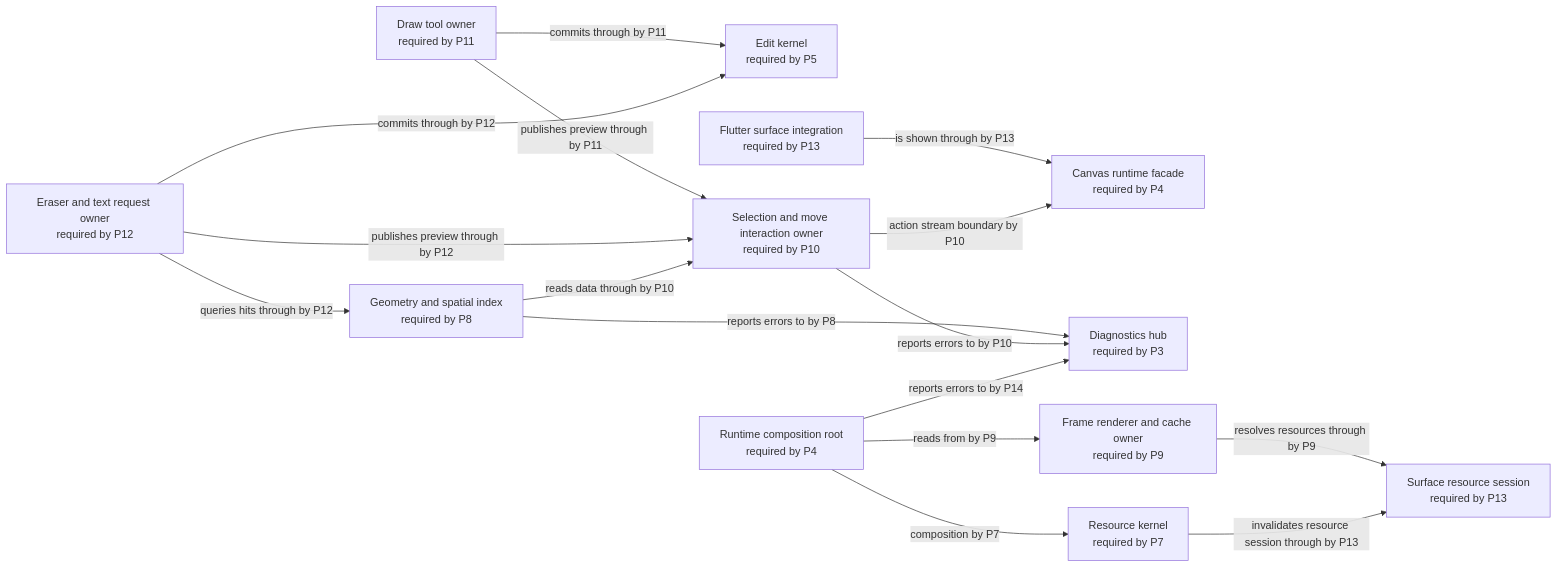
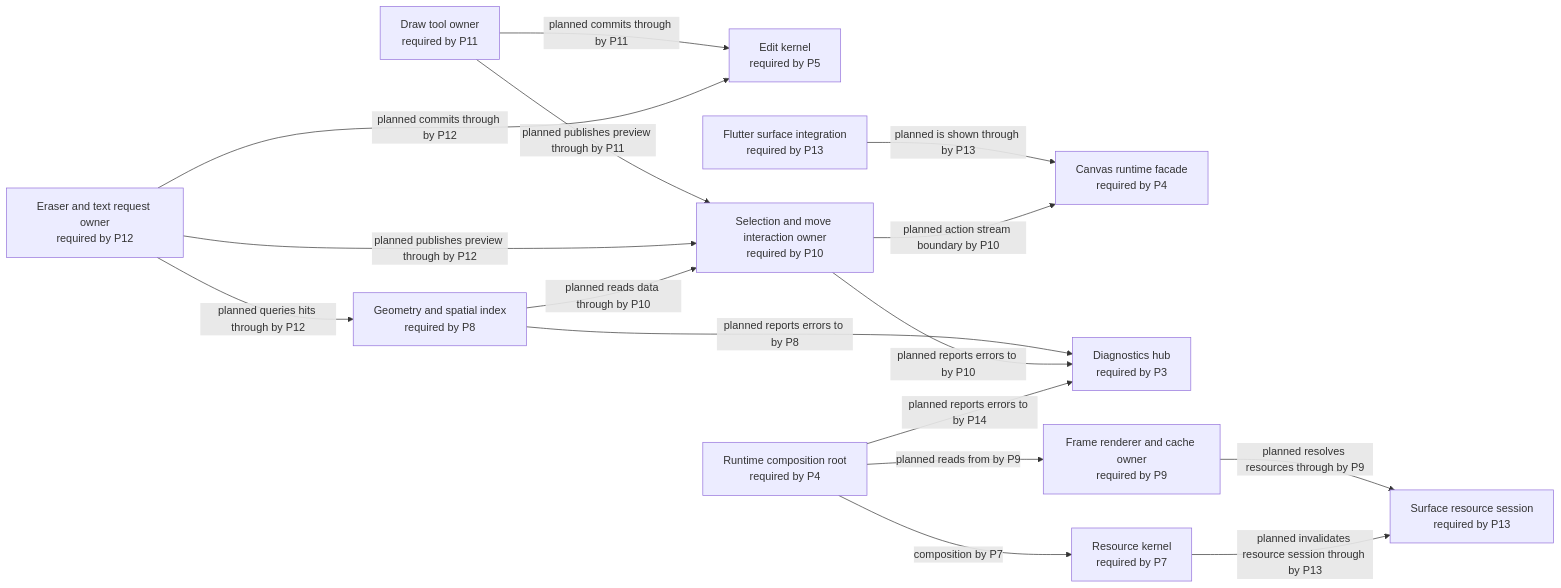
The diagram in docs/diagrams/generated/future_target.mmd (GreatPika/iwb_canvas_engine), drawn with Mermaid before and after one commit. The commit also changed 4 other files, not shown here.

First line of the commit message:
docs: clarify future diagnostics graph routes

```diff
--- a/docs/diagrams/generated/future_target.mmd
+++ b/docs/diagrams/generated/future_target.mmd
@@ -1,32 +1,32 @@
 %% GENERATED FILE. Do not edit by hand.
 %% Source: docs/architecture/architecture_graph.yaml
 %% View: Future target architecture graph
 %% Selected phase: P6
 flowchart LR
   api_canvas_runtime["Canvas runtime facade<br/>required by P4"]
   diagnostics_hub["Diagnostics hub<br/>required by P3"]
   draw_tools["Draw tool owner<br/>required by P11"]
   edit_kernel["Edit kernel<br/>required by P5"]
   eraser_text_request["Eraser and text request owner<br/>required by P12"]
   flutter_surface["Flutter surface integration<br/>required by P13"]
   frame_renderer["Frame renderer and cache owner<br/>required by P9"]
   geometry_spatial_index["Geometry and spatial index<br/>required by P8"]
   interaction_selection_move["Selection and move interaction owner<br/>required by P10"]
   resource_kernel["Resource kernel<br/>required by P7"]
   resource_surface_session["Surface resource session<br/>required by P13"]
   runtime_root["Runtime composition root<br/>required by P4"]
-  draw_tools -->|commits through by P11| edit_kernel
-  draw_tools -->|publishes preview through by P11| interaction_selection_move
-  eraser_text_request -->|commits through by P12| edit_kernel
-  eraser_text_request -->|publishes preview through by P12| interaction_selection_move
-  eraser_text_request -->|queries hits through by P12| geometry_spatial_index
-  flutter_surface -->|is shown through by P13| api_canvas_runtime
-  frame_renderer -->|resolves resources through by P9| resource_surface_session
-  geometry_spatial_index -->|reports errors to by P8| diagnostics_hub
-  geometry_spatial_index -->|reads data through by P10| interaction_selection_move
-  interaction_selection_move -->|action stream boundary by P10| api_canvas_runtime
-  interaction_selection_move -->|reports errors to by P10| diagnostics_hub
-  resource_kernel -->|invalidates resource session through by P13| resource_surface_session
-  runtime_root -->|reads from by P9| frame_renderer
-  runtime_root -->|reports errors to by P14| diagnostics_hub
+  draw_tools -->|planned commits through by P11| edit_kernel
+  draw_tools -->|planned publishes preview through by P11| interaction_selection_move
+  eraser_text_request -->|planned commits through by P12| edit_kernel
+  eraser_text_request -->|planned publishes preview through by P12| interaction_selection_move
+  eraser_text_request -->|planned queries hits through by P12| geometry_spatial_index
+  flutter_surface -->|planned is shown through by P13| api_canvas_runtime
+  frame_renderer -->|planned resolves resources through by P9| resource_surface_session
+  geometry_spatial_index -->|planned reports errors to by P8| diagnostics_hub
+  geometry_spatial_index -->|planned reads data through by P10| interaction_selection_move
+  interaction_selection_move -->|planned action stream boundary by P10| api_canvas_runtime
+  interaction_selection_move -->|planned reports errors to by P10| diagnostics_hub
+  resource_kernel -->|planned invalidates resource session through by P13| resource_surface_session
+  runtime_root -->|planned reads from by P9| frame_renderer
+  runtime_root -->|planned reports errors to by P14| diagnostics_hub
   runtime_root -->|composition by P7| resource_kernel
```
